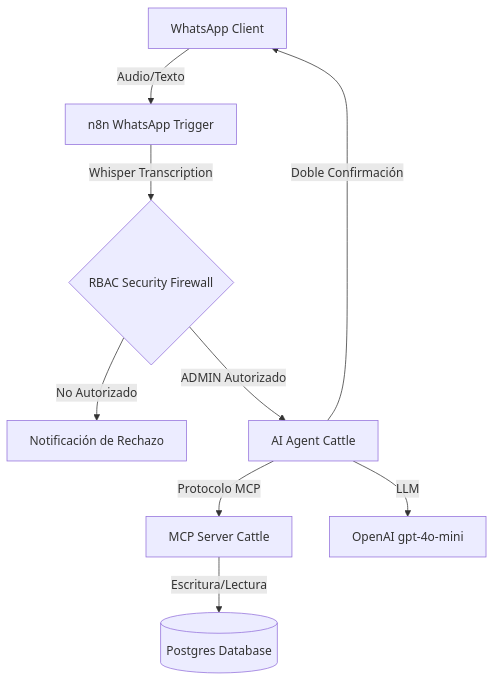
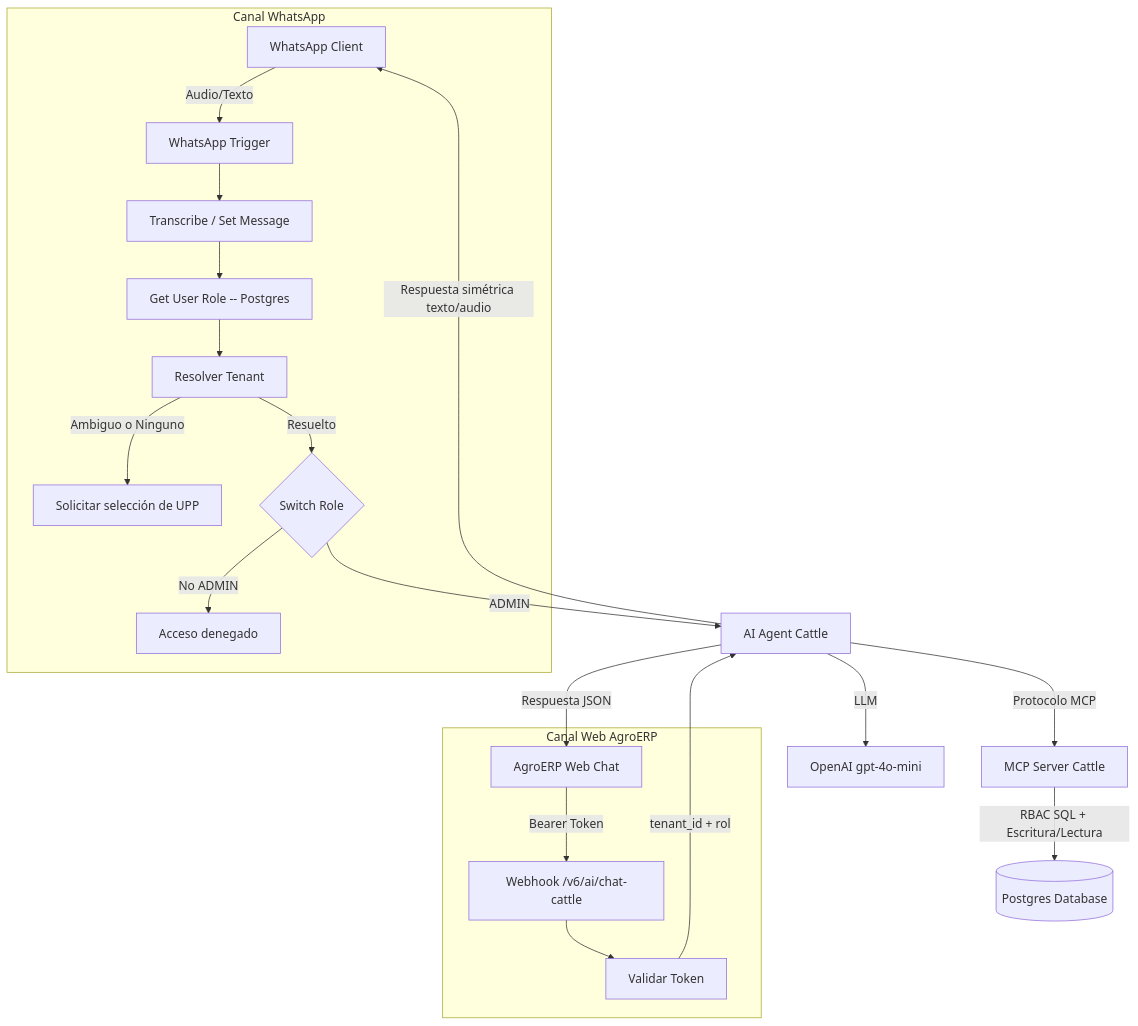
Before and after one commit to fjpimienta/n8n-enterprise-automation-suite: the diagram in workflows/09-MCP-Agent-Cattle/v6/README.md, drawn with Mermaid. The commit also changed other lines of this file and 8 other files, not shown here.

First line of the commit message:
feat(agro-erp): wire AI chat auth channel and harden WhatsApp Cattle Agent

````diff
--- a/workflows/09-MCP-Agent-Cattle/v6/README.md
+++ b/workflows/09-MCP-Agent-Cattle/v6/README.md
@@ -4,12 +11,23 @@
 ```mermaid
 graph TD
-    A[WhatsApp Client] -->|Audio/Texto| B[n8n WhatsApp Trigger]
-    B -->|Whisper Transcription| C{RBAC Security Firewall}
-    C -->|No Autorizado| D[Notificación de Rechazo]
-    C -->|ADMIN Autorizado| E[AI Agent Cattle]
-    E -->|Protocolo MCP| F[MCP Server Cattle]
-    F -->|"Escritura/Lectura"| G[(Postgres Database)]
-    E -->|"LLM"| H[OpenAI gpt-4o-mini]
-    E -->|"Doble Confirmación"| A
-
+    subgraph Canal WhatsApp
+        A1[WhatsApp Client] -->|Audio/Texto| B1[WhatsApp Trigger]
+        B1 --> C1[Transcribe / Set Message]
+        C1 --> D1[Get User Role -- Postgres]
+        D1 --> E1[Resolver Tenant]
+        E1 -->|Ambiguo o Ninguno| F1[Solicitar selección de UPP]
+        E1 -->|Resuelto| G1{Switch Role}
+        G1 -->|No ADMIN| H1[Acceso denegado]
+    end
+    subgraph Canal Web AgroERP
+        A2[AgroERP Web Chat] -->|Bearer Token| B2[Webhook /v6/ai/chat-cattle]
+        B2 --> C2[Validar Token]
+    end
+    G1 -->|ADMIN| M[AI Agent Cattle]
+    C2 -->|tenant_id + rol| M
+    M -->|Protocolo MCP| N[MCP Server Cattle]
+    N -->|RBAC SQL + Escritura/Lectura| O[(Postgres Database)]
+    M -->|LLM| P[OpenAI gpt-4o-mini]
+    M -->|Respuesta simétrica texto/audio| A1
+    M -->|Respuesta JSON| A2
 ```
````
